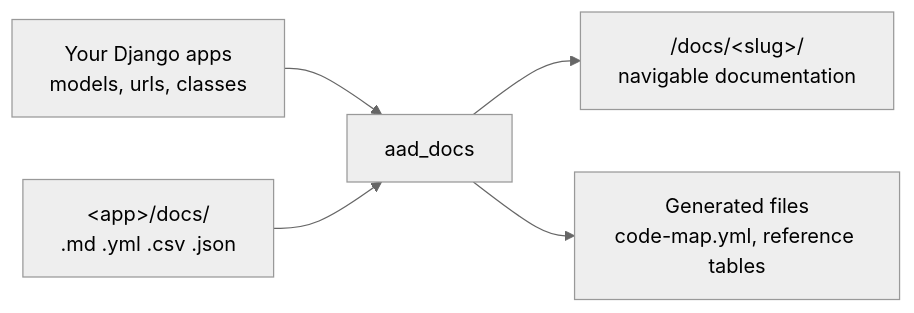
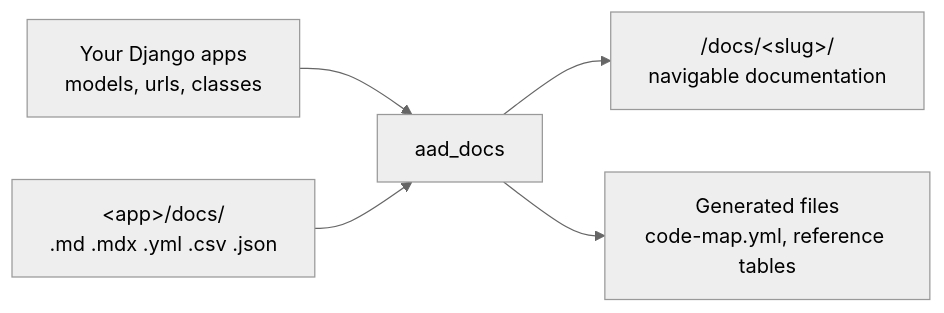
The diagram in README.md (AADigitalBusiness/AAD-docs), drawn with Mermaid (neutral theme) before and after one commit. The commit also changed 20 other files, not shown here.

````diff
--- a/README.md
+++ b/README.md
@@ -5,7 +5,7 @@
 ```mermaid
 flowchart LR
     code["Your Django apps<br/>models, urls, classes"] --> aad["aad_docs"]
-    files["&lt;app&gt;/docs/<br/>.md .yml .csv .json"] --> aad
+    files["&lt;app&gt;/docs/<br/>.md .mdx .yml .csv .json"] --> aad
     aad --> site["/docs/&lt;slug&gt;/<br/>navigable documentation"]
     aad --> gen["Generated files<br/>code-map.yml, reference tables"]
 ```
````
